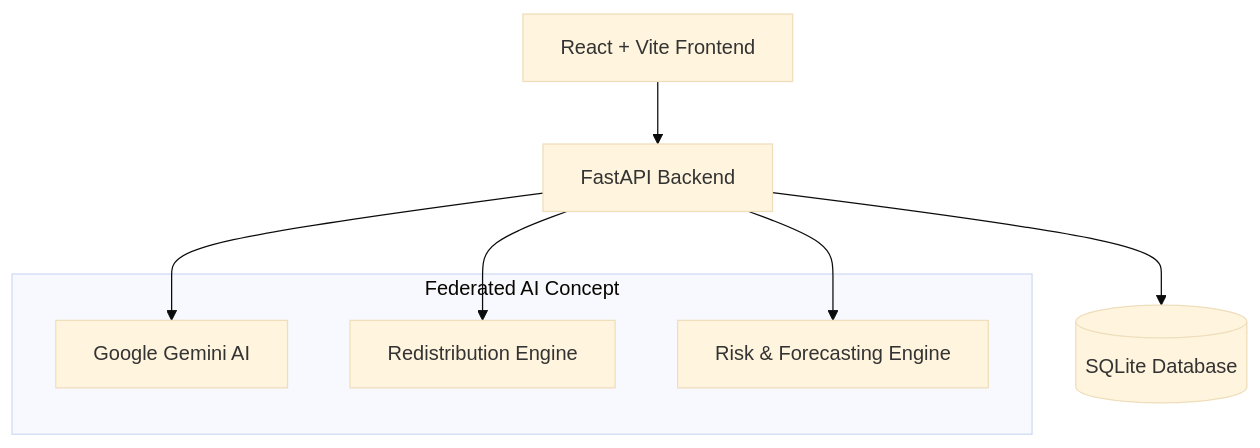
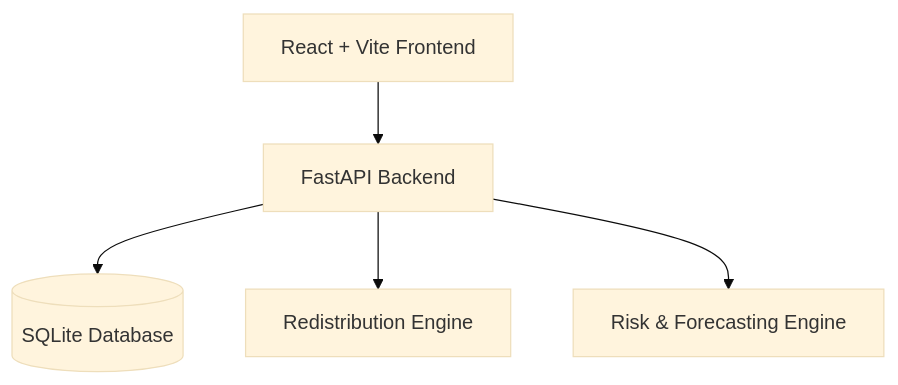
Before and after one commit to adityayadav-dev/SwasthyaSetu-AI: the diagram in README.md, drawn with Mermaid (base theme). The commit also changed other lines of this file, not shown here.

````diff
--- a/README.md
+++ b/README.md
@@ -18,14 +18,7 @@
 ```mermaid
 graph TD
     UI[React + Vite Frontend] --> API[FastAPI Backend]
     API --> DB[(SQLite Database)]
-    API --> GEMINI[Google Gemini AI]
     API --> REDIST[Redistribution Engine]
     API --> RISK[Risk & Forecasting Engine]
-    
-    subgraph "Federated AI Concept"
-        GEMINI
-        REDIST
-        RISK
-    end
 ```
````
